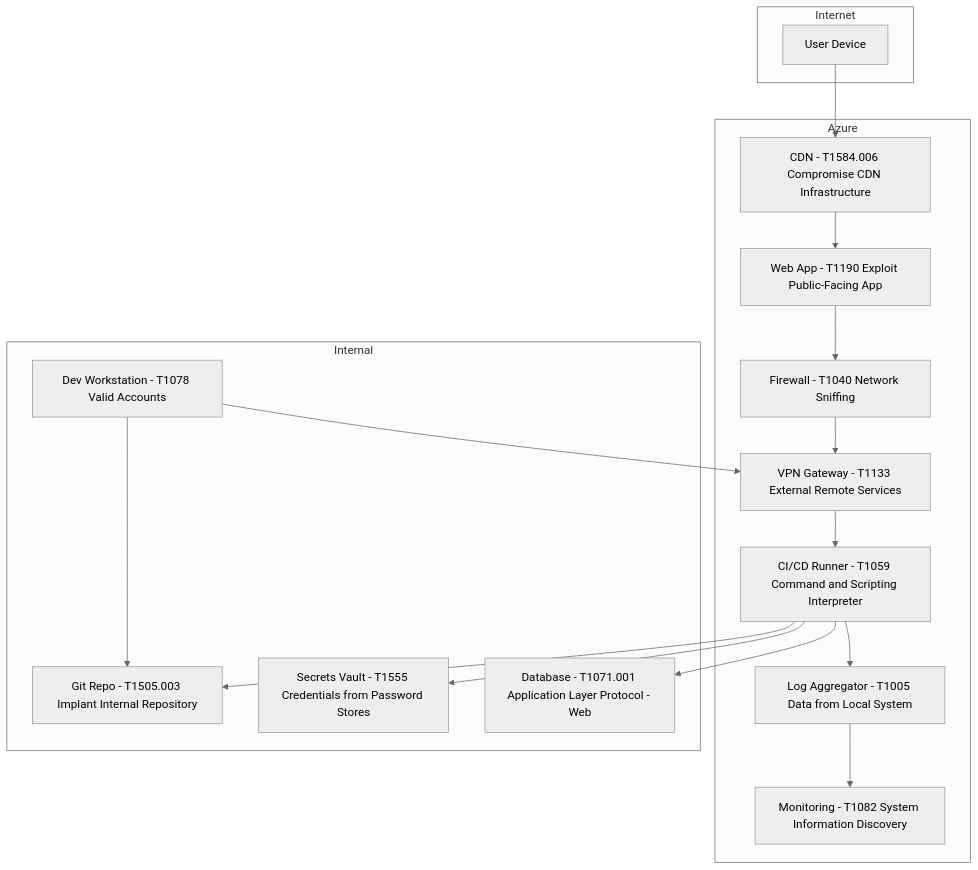
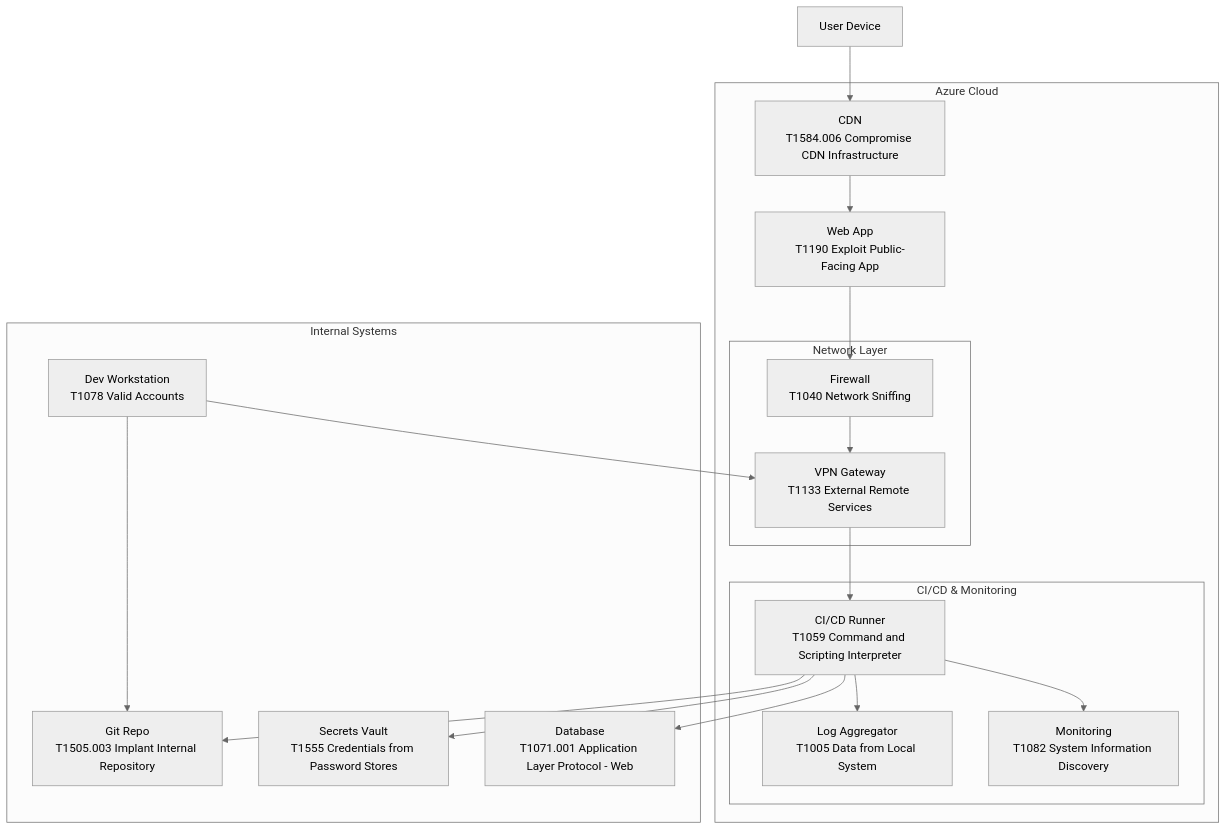
Before and after one commit to cassmastern/lers-sandbox: the diagram in docs/network_data_center_mitre.md, drawn with Mermaid (neutral theme).

Commit message:
gave mitre diagram a 'more portrait layout' to use space better

````diff
--- a/docs/network_data_center_mitre.md
+++ b/docs/network_data_center_mitre.md
@@ -15,31 +15,45 @@
 ```mermaid
-graph TD
-  subgraph Internet
+graph TB
     User[User Device]
-  end
+    
+    subgraph "Azure Cloud"
+        CDN[CDN<br/>T1584.006 Compromise CDN Infrastructure]
+        WA[Web App<br/>T1190 Exploit Public-Facing App]
+        
+        subgraph "Network Layer"
+            FW[Firewall<br/>T1040 Network Sniffing]
+            VPN[VPN Gateway<br/>T1133 External Remote Services]
+        end
+        
+        subgraph "CI/CD & Monitoring"
+            CI[CI/CD Runner<br/>T1059 Command and Scripting Interpreter]
+            Logs[Log Aggregator<br/>T1005 Data from Local System]
+            Monitor[Monitoring<br/>T1082 System Information Discovery]
+        end
+    end
+    
+    subgraph "Internal Systems"
+        Dev[Dev Workstation<br/>T1078 Valid Accounts]
+        Repo[Git Repo<br/>T1505.003 Implant Internal Repository]
+        Secrets[Secrets Vault<br/>T1555 Credentials from Password Stores]
+        DB[Database<br/>T1071.001 Application Layer Protocol - Web]
+    end
 
-  subgraph Azure
-    WA[Web App - T1190 Exploit Public-Facing App]
-    CDN[CDN - T1584.006 Compromise CDN Infrastructure]
-    FW[Firewall - T1040 Network Sniffing]
-    VPN[VPN Gateway - T1133 External Remote Services]
-    CI[CI/CD Runner - T1059 Command and Scripting Interpreter]
-    Logs[Log Aggregator - T1005 Data from Local System]
-    Monitor[Monitoring - T1082 System Information Discovery]
-  end
-
-  subgraph Internal
-    Dev[Dev Workstation - T1078 Valid Accounts]
-    Repo[Git Repo - T1505.003 Implant Internal Repository]
-    Secrets[Secrets Vault - T1555 Credentials from Password Stores]
-    DB[Database - T1071.001 Application Layer Protocol - Web]
-  end
-
-  User --> CDN --> WA --> FW --> VPN --> CI
-  CI --> Repo
-  CI --> Secrets
-  CI --> DB
-  CI --> Logs --> Monitor
-  Dev --> Repo
-  Dev --> VPN
+    %% Main flow connections
+    User --> CDN
+    CDN --> WA
+    WA --> FW
+    FW --> VPN
+    
+    %% CI/CD connections
+    VPN --> CI
+    CI --> Logs
+    CI --> Monitor
+    CI --> Repo
+    CI --> Secrets
+    CI --> DB
+    
+    %% Dev connections
+    Dev --> VPN
+    Dev --> Repo
 ```
````
